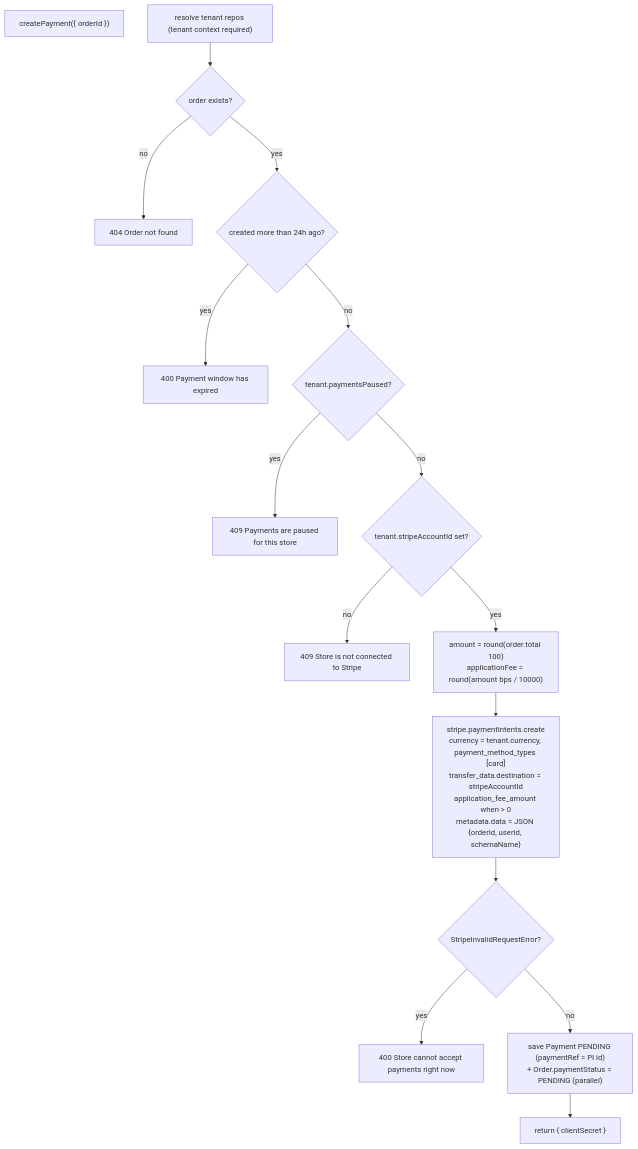
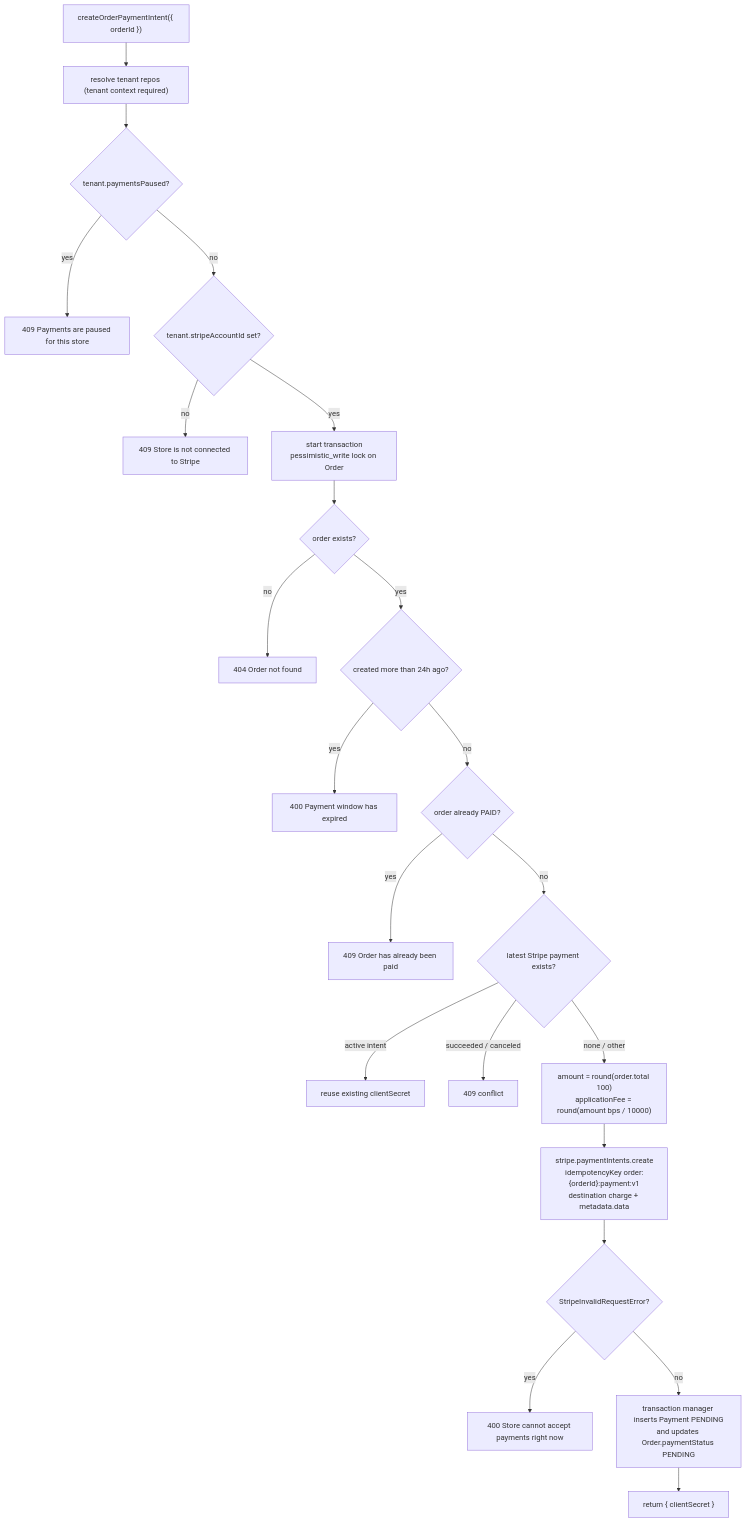
One commit to DevBassel/saas_commerce changed the second of 4 diagrams in apps/api/src/modules/payments/workflow.md. Above: the diagram before and after it, drawn with Mermaid. The commit also changed other lines of this file and 21 other files, not shown here.

Commit message:
fix: refactor payment architecture

````diff
--- a/apps/api/src/modules/payments/workflow.md
+++ b/apps/api/src/modules/payments/workflow.md
@@ -41,17 +49,23 @@
 ```mermaid
 flowchart TD
-    CP["createPayment({ orderId })"]
-        P0["resolve tenant repos (tenant context required)"] --> P1{"order exists?"}
-        P1 -->|"no"| P1E["404 Order not found"]
-        P1 -->|"yes"| P2{"created more than 24h ago?"}
-        P2 -->|"yes"| P2E["400 Payment window has expired"]
-        P2 -->|"no"| P3{"tenant.paymentsPaused?"}
-        P3 -->|"yes"| P3E["409 Payments are paused for this store"]
-        P3 -->|"no"| P4{"tenant.stripeAccountId set?"}
-        P4 -->|"no"| P4E["409 Store is not connected to Stripe"]
-        P4 -->|"yes"| P5["amount = round(order.total 100)<br/>applicationFee = round(amount bps / 10000)"]
-        P5 --> P6["stripe.paymentIntents.create<br/>currency = tenant.currency, payment_method_types [card]<br/>transfer_data.destination = stripeAccountId<br/>application_fee_amount when > 0<br/>metadata.data = JSON {orderId, userId, schemaName}"]
-        P6 --> P7{"StripeInvalidRequestError?"} -->|"yes"| P7E["400 Store cannot accept payments right now"]
-        P7 -->|"no"| P8["save Payment PENDING (paymentRef = PI id)<br/>+ Order.paymentStatus = PENDING (parallel)"]
-        P8 --> P9["return { clientSecret }"]
+    CP["createOrderPaymentIntent({ orderId })"] --> P0["resolve tenant repos (tenant context required)"]
+    P0 --> P1{"tenant.paymentsPaused?"}
+    P1 -->|"yes"| P1E["409 Payments are paused for this store"]
+    P1 -->|"no"| P2{"tenant.stripeAccountId set?"}
+    P2 -->|"no"| P2E["409 Store is not connected to Stripe"]
+    P2 -->|"yes"| P3["start transaction<br/>pessimistic_write lock on Order"]
+    P3 --> P4{"order exists?"}
+    P4 -->|"no"| P4E["404 Order not found"]
+    P4 -->|"yes"| P5{"created more than 24h ago?"}
+    P5 -->|"yes"| P5E["400 Payment window has expired"]
+    P5 -->|"no"| P6{"order already PAID?"}
+    P6 -->|"yes"| P6E["409 Order has already been paid"]
+    P6 -->|"no"| P7{"latest Stripe payment exists?"}
+    P7 -->|"active intent"| P7A["reuse existing clientSecret"]
+    P7 -->|"succeeded / canceled"| P7E["409 conflict"]
+    P7 -->|"none / other"| P8["amount = round(order.total 100)<br/>applicationFee = round(amount bps / 10000)"]
+    P8 --> P9["stripe.paymentIntents.create<br/>idempotencyKey order:{orderId}:payment:v1<br/>destination charge + metadata.data"]
+    P9 --> P10{"StripeInvalidRequestError?"} -->|"yes"| P10E["400 Store cannot accept payments right now"]
+    P10 -->|"no"| P11["transaction manager inserts Payment PENDING<br/>and updates Order.paymentStatus PENDING"]
+    P11 --> P12["return { clientSecret }"]
 ```
````
